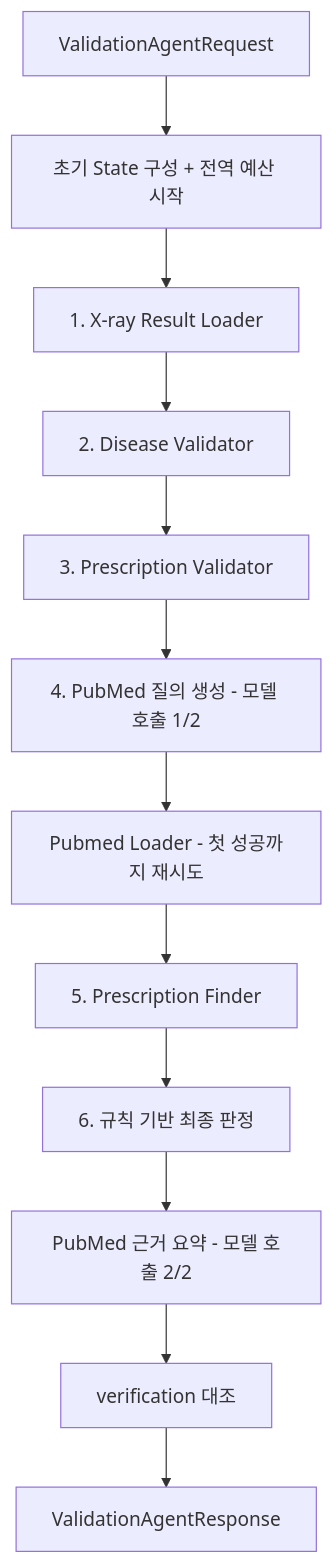
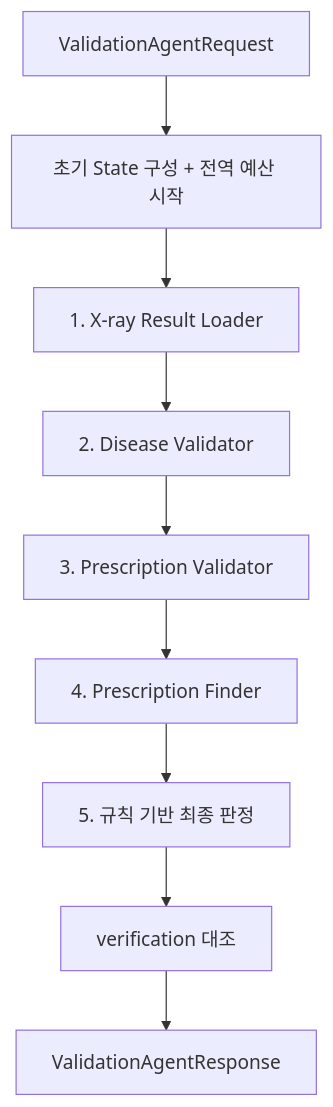
One commit to kjbddo/bitcomputer-emr changed the fifth of 6 diagrams in Docs/04-ai-services-and-agents.md. Above: the diagram before and after it, drawn with Mermaid. The commit also changed other lines of this file and 7 other files, not shown here.

First line of the commit message:
docs: PubMed 제거·합성 케이스·PSPNet 기본값을 문서에 반영한다

````diff
--- a/Docs/04-ai-services-and-agents.md
+++ b/Docs/04-ai-services-and-agents.md
@@ -250,14 +254,11 @@
 ```mermaid
 flowchart TD
   A[ValidationAgentRequest] --> B[초기 State 구성 + 전역 예산 시작]
   B --> C[1. X-ray Result Loader]
   C --> D[2. Disease Validator]
   D --> E[3. Prescription Validator]
-  E --> F[4. PubMed 질의 생성 - 모델 호출 1/2]
-  F --> G[Pubmed Loader - 첫 성공까지 재시도]
-  G --> H[5. Prescription Finder]
-  H --> I[6. 규칙 기반 최종 판정]
-  I --> J[PubMed 근거 요약 - 모델 호출 2/2]
-  J --> K[verification 대조]
+  E --> H[4. Prescription Finder]
+  H --> I[5. 규칙 기반 최종 판정]
+  I --> K[verification 대조]
   K --> L[ValidationAgentResponse]
 ```
````
